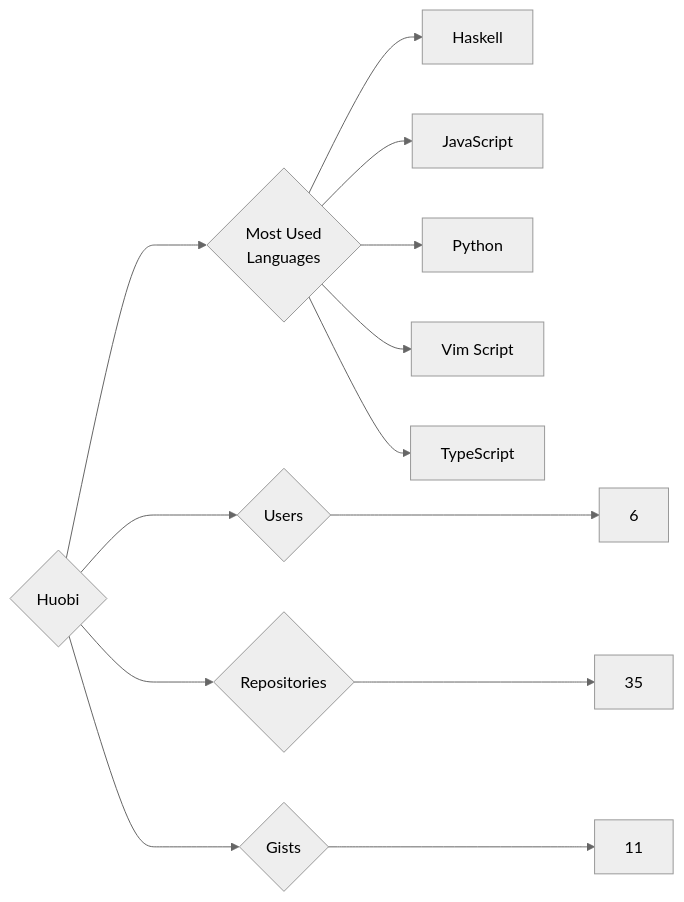
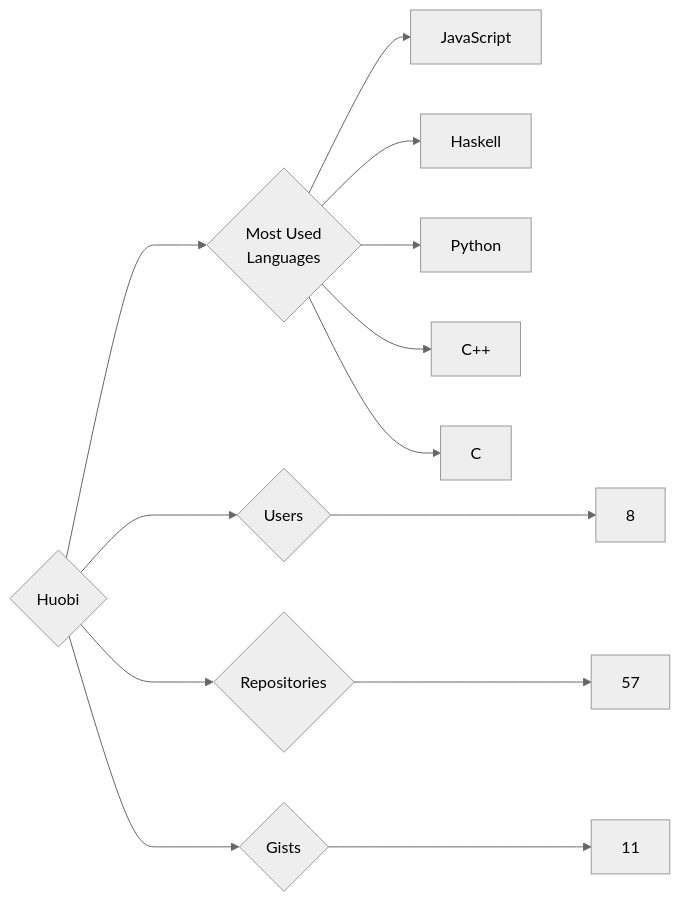
The diagram in targets/Huobi/README.md (trickest/insiders), drawn with Mermaid (neutral theme) before and after one commit. The commit also changed 942 other files, not shown here.

````diff
--- a/targets/Huobi/README.md
+++ b/targets/Huobi/README.md
@@ -3,13 +3,13 @@
 ```mermaid
 graph LR
 COMPANY_NAME{Huobi}
-COMPANY_NAME ---> U{Users} ---> UN[6]
-COMPANY_NAME ---> R{Repositories} ---> RN[35]
+COMPANY_NAME ---> U{Users} ---> UN[8]
+COMPANY_NAME ---> R{Repositories} ---> RN[57]
 COMPANY_NAME ---> G{Gists} ---> GN[11]
 COMPANY_NAME ---> ML{Most Used<br>Languages}
+ML --> JavaScript[JavaScript]
 ML --> Haskell[Haskell]
-ML --> JavaScript[JavaScript]
 ML --> Python[Python]
-ML --> Vim_Script[Vim Script]
-ML --> TypeScript[TypeScript]
+ML --> C++[C++]
+ML --> C[C]
 ```
````
